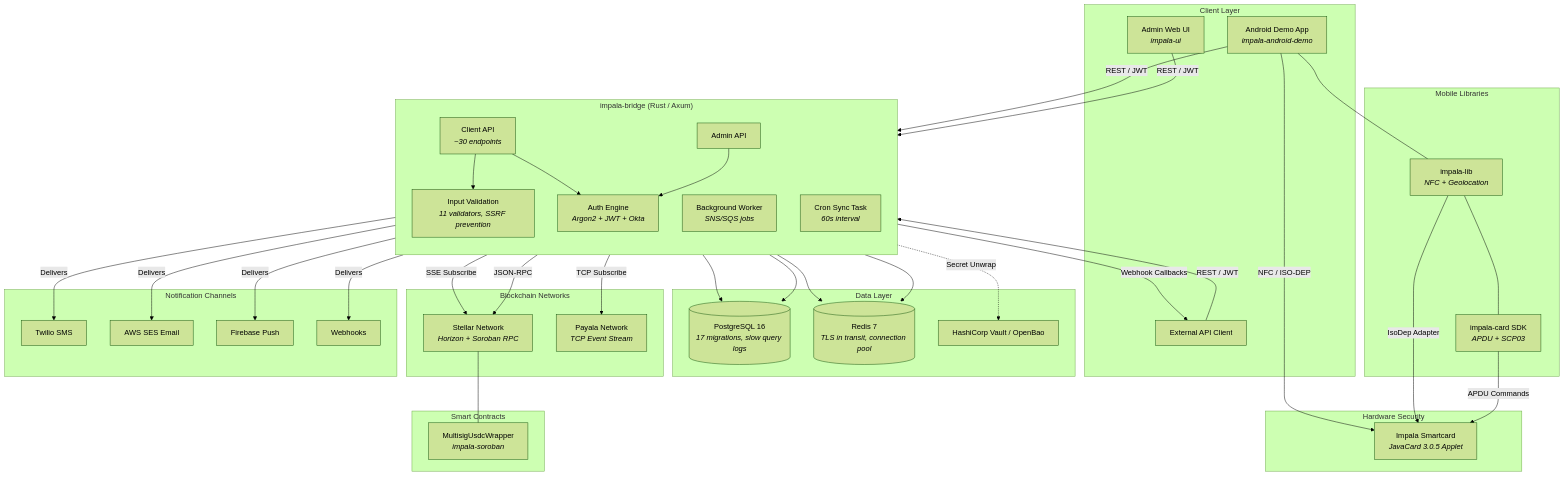
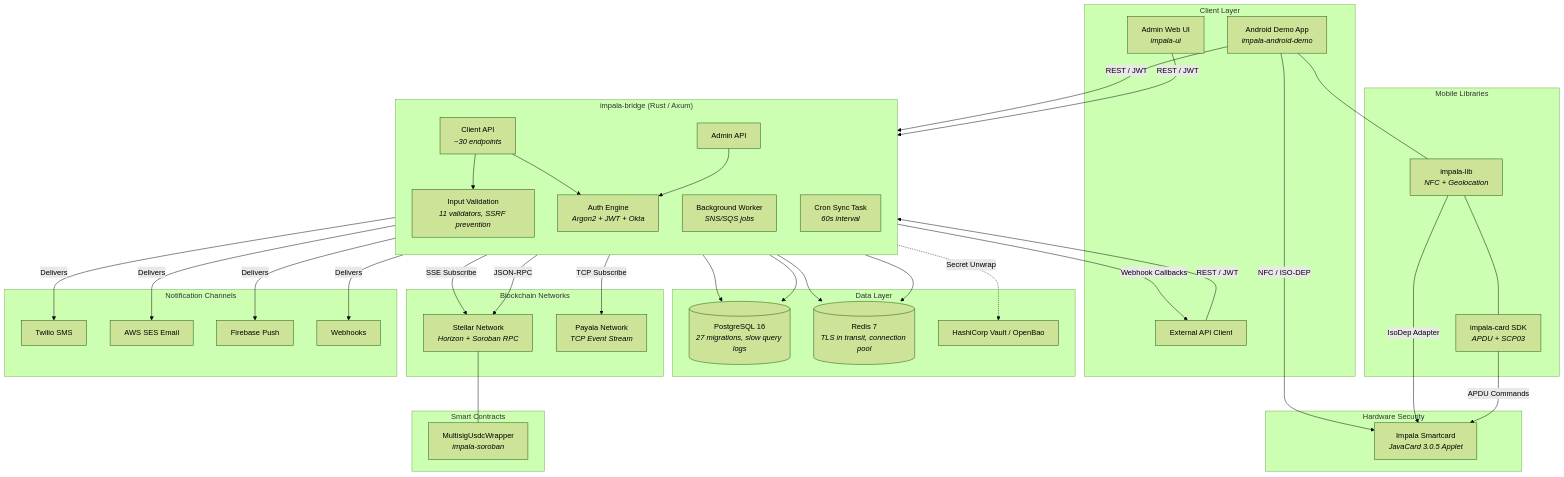
The first of 14 diagrams in ARCHITECTURE.md (Financial-Empowerment-Partners/impala), drawn with Mermaid (forest theme) before and after one commit. The commit also changed other lines of this file and 11 other files, not shown here.

````diff
--- a/ARCHITECTURE.md
+++ b/ARCHITECTURE.md
@@ -70,81 +70,81 @@
 ```mermaid
 graph TB
     subgraph Clients["Client Layer"]
         AndroidApp["Android Demo App<br/><i>impala-android-demo</i>"]
         AdminUI["Admin Web UI<br/><i>impala-ui</i>"]
         ExtClient["External API Client"]
     end
 
     subgraph Bridge["impala-bridge &lpar;Rust / Axum&rpar;"]
         direction TB
         ClientAPI["Client API<br/><i>~30 endpoints</i>"]
         AdminAPI["Admin API"]
         AuthEngine["Auth Engine<br/><i>Argon2 + JWT + Okta</i>"]
         Validation["Input Validation<br/><i>11 validators, SSRF prevention</i>"]
         Worker["Background Worker<br/><i>SNS/SQS jobs</i>"]
         CronSync["Cron Sync Task<br/><i>60s interval</i>"]
     end
 
     subgraph Storage["Data Layer"]
-        Postgres[("PostgreSQL 16<br/><i>17 migrations, slow query logs</i>")]
+        Postgres[("PostgreSQL 16<br/><i>27 migrations, slow query logs</i>")]
         Redis[("Redis 7<br/><i>TLS in transit, connection pool</i>")]
         Vault["HashiCorp Vault / OpenBao"]
     end
 
     subgraph Networks["Blockchain Networks"]
         Stellar["Stellar Network<br/><i>Horizon + Soroban RPC</i>"]
         Payala["Payala Network<br/><i>TCP Event Stream</i>"]
     end
 
     subgraph Hardware["Hardware Security"]
         Card["Impala Smartcard<br/><i>JavaCard 3.0.5 Applet</i>"]
     end
 
     subgraph MobileLibs["Mobile Libraries"]
         ImpalaLib["impala-lib<br/><i>NFC + Geolocation</i>"]
         ImpalaSDK["impala-card SDK<br/><i>APDU + SCP03</i>"]
     end
 
     subgraph Contracts["Smart Contracts"]
         Soroban["MultisigUsdcWrapper<br/><i>impala-soroban</i>"]
     end
 
     subgraph Notifications["Notification Channels"]
         Twilio["Twilio SMS"]
         SES["AWS SES Email"]
         FCM["Firebase Push"]
         Webhooks["Webhooks"]
     end
 
     AndroidApp -->|"REST / JWT"| ClientAPI
     AdminUI -->|"REST / JWT"| AdminAPI
     ExtClient -->|"REST / JWT"| ClientAPI
 
     ClientAPI --> Validation
     ClientAPI --> AuthEngine
     AdminAPI --> AuthEngine
     AuthEngine --> Postgres
     AuthEngine --> Redis
 
     Bridge --> Postgres
     Bridge --> Redis
     Bridge -.->|"Secret Unwrap"| Vault
 
     ClientAPI -->|"SSE Subscribe"| Stellar
     ClientAPI -->|"JSON-RPC"| Stellar
     ClientAPI -->|"TCP Subscribe"| Payala
     CronSync -->|"Webhook Callbacks"| ExtClient
 
     Worker -->|"Delivers"| Twilio
     Worker -->|"Delivers"| SES
     Worker -->|"Delivers"| FCM
     Worker -->|"Delivers"| Webhooks
 
     Stellar --- Soroban
 
     AndroidApp -->|"NFC / ISO-DEP"| Card
     ImpalaLib -->|"IsoDep Adapter"| Card
     ImpalaSDK -->|"APDU Commands"| Card
     AndroidApp --- ImpalaLib
     ImpalaLib --- ImpalaSDK
 ```
````
